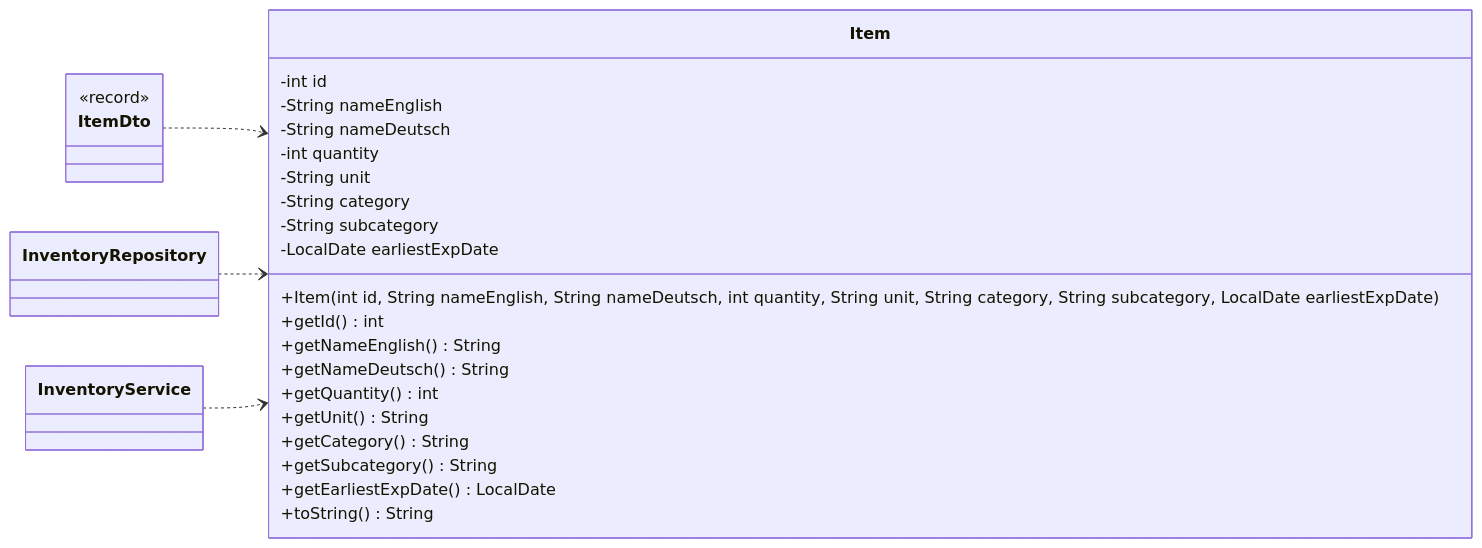
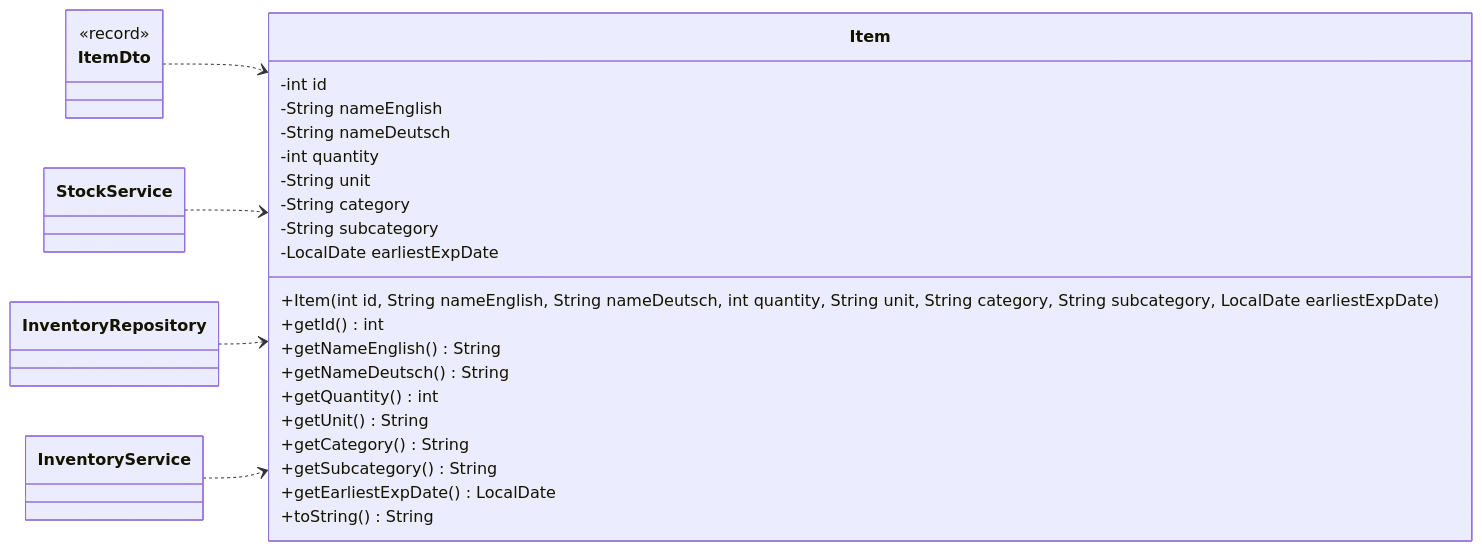
Before and after one commit to Nate-ryan-7690/dahaem: the fourth of 4 diagrams in docs/classes/inventory.md, drawn with Mermaid. The commit also changed other lines of this file and 5 other files, not shown here.

````diff
--- a/docs/classes/inventory.md
+++ b/docs/classes/inventory.md
@@ -125,32 +131,34 @@
 ```mermaid
 classDiagram
     direction LR
     class inventory_Item["Item"] {
         -int id
         -String nameEnglish
         -String nameDeutsch
         -int quantity
         -String unit
         -String category
         -String subcategory
         -LocalDate earliestExpDate
         +Item(int id, String nameEnglish, String nameDeutsch, int quantity, String unit, String category, String subcategory, LocalDate earliestExpDate)
         +getId() int
         +getNameEnglish() String
         +getNameDeutsch() String
         +getQuantity() int
         +getUnit() String
         +getCategory() String
         +getSubcategory() String
         +getEarliestExpDate() LocalDate
         +toString() String
     }
     class api_ItemDto["ItemDto"] {
         <<record>>
     }
+    class finance_StockService["StockService"]
     class inventory_InventoryRepository["InventoryRepository"]
     class inventory_InventoryService["InventoryService"]
     api_ItemDto ..> inventory_Item
+    finance_StockService ..> inventory_Item
     inventory_InventoryRepository ..> inventory_Item
     inventory_InventoryService ..> inventory_Item
 ```
````
